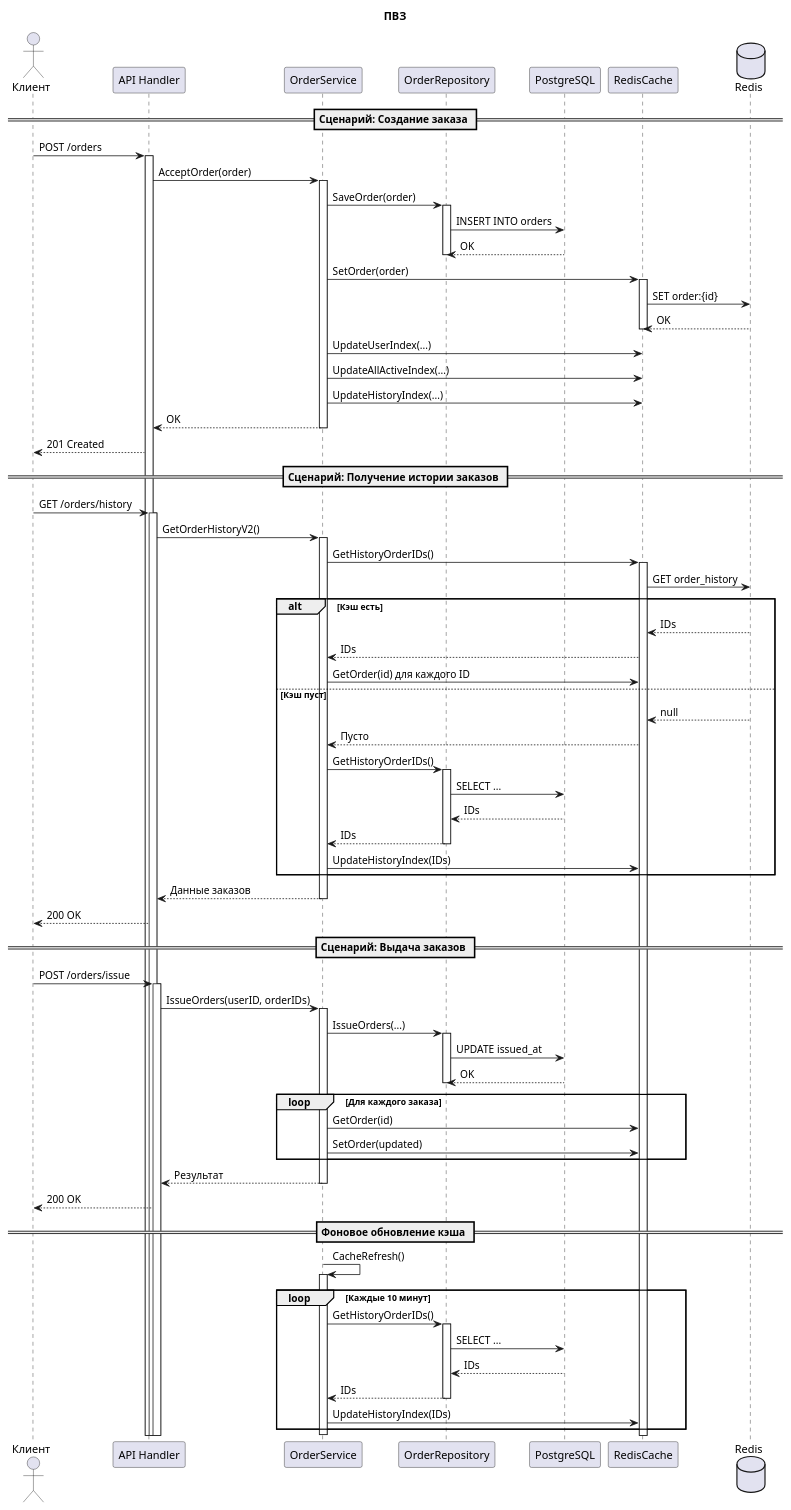
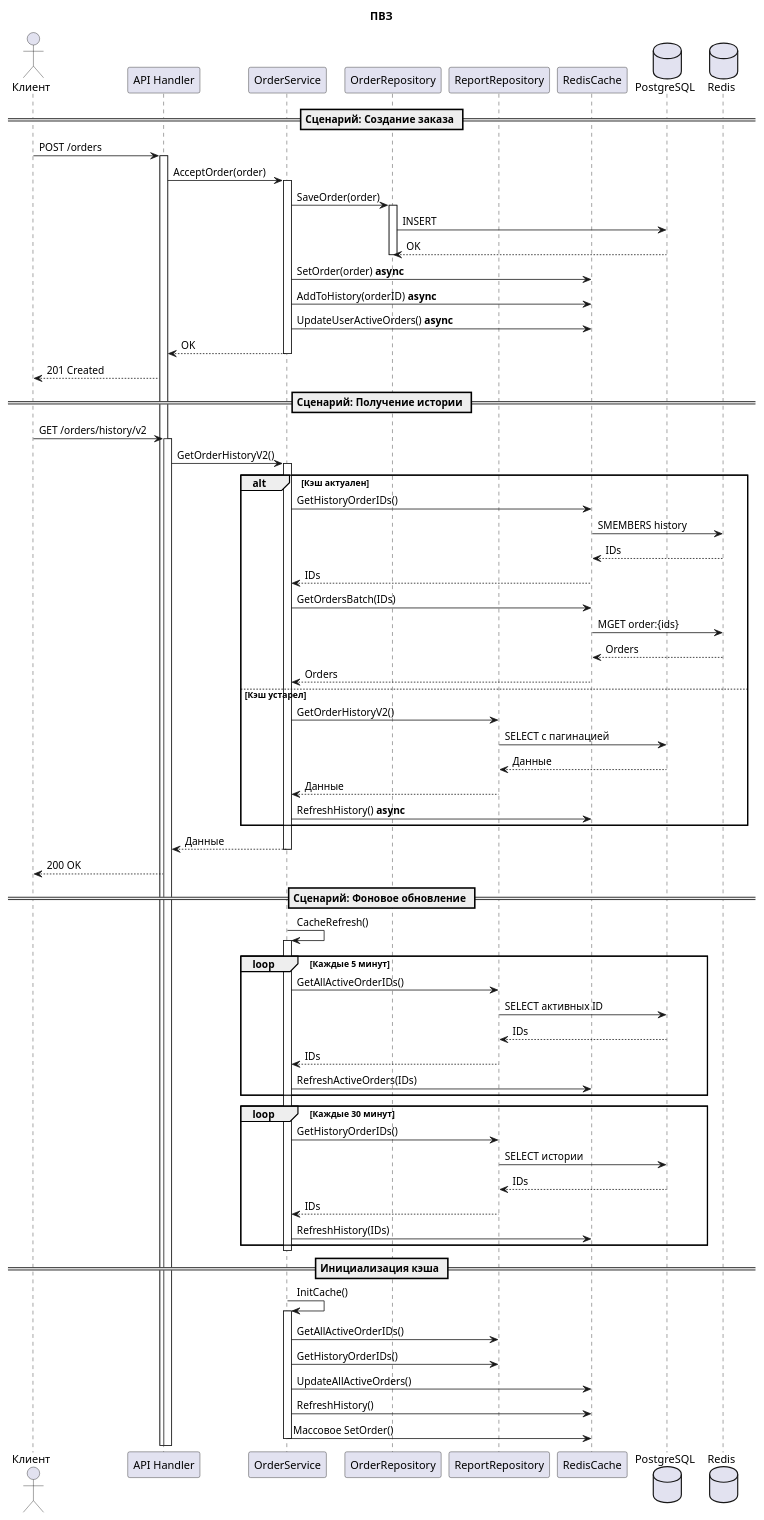
The diagram in README.md (sadsnake231/pvz), drawn with PlantUML before and after one commit. The commit also changed other lines of this file and 11 other files, not shown here.

```diff
--- a/README.md
+++ b/README.md
@@ -13,8 +13,9 @@
 participant "API Handler" as API
 participant "OrderService" as Service
 participant "OrderRepository" as Repository
-participant "PostgreSQL" as DB
+participant "ReportRepository" as ReportRepo
 participant "RedisCache" as Cache
+database PostgreSQL as DB
 database Redis
 
 == Сценарий: Создание заказа ==
@@ -25,88 +26,77 @@
 
 Service -> Repository: SaveOrder(order)
 activate Repository
-Repository -> DB: INSERT INTO orders
+Repository -> DB: INSERT
 DB --> Repository: OK
 deactivate Repository
 
-Service -> Cache: SetOrder(order)
-activate Cache
-Cache -> Redis: SET order:{id}
-Redis --> Cache: OK
-deactivate Cache
-
-Service -> Cache: UpdateUserIndex(...)
-Service -> Cache: UpdateAllActiveIndex(...)
-Service -> Cache: UpdateHistoryIndex(...)
+Service -> Cache: SetOrder(order) **async**
+Service -> Cache: AddToHistory(orderID) **async**
+Service -> Cache: UpdateUserActiveOrders() **async**
 
 Service --> API: OK
 deactivate Service
 API --> Клиент: 201 Created
 
-== Сценарий: Получение истории заказов ==
-Клиент -> API: GET /orders/history
+== Сценарий: Получение истории ==
+Клиент -> API: GET /orders/history/v2
 activate API
 API -> Service: GetOrderHistoryV2()
 activate Service
 
-Service -> Cache: GetHistoryOrderIDs()
-activate Cache
-Cache -> Redis: GET order_history
-
-alt Кэш есть
+alt Кэш актуален
+    Service -> Cache: GetHistoryOrderIDs()
+    Cache -> Redis: SMEMBERS history
     Redis --> Cache: IDs
     Cache --> Service: IDs
-    Service -> Cache: GetOrder(id) для каждого ID
-else Кэш пуст
-    Redis --> Cache: null
-    Cache --> Service: Пусто
-    Service -> Repository: GetHistoryOrderIDs()
-    activate Repository
-    Repository -> DB: SELECT ...
-    DB --> Repository: IDs
-    Repository --> Service: IDs
-    deactivate Repository
-    Service -> Cache: UpdateHistoryIndex(IDs)
+    
+    Service -> Cache: GetOrdersBatch(IDs)
+    Cache -> Redis: MGET order:{ids}
+    Redis --> Cache: Orders
+    Cache --> Service: Orders
+else Кэш устарел
+    Service -> ReportRepo: GetOrderHistoryV2()
+    ReportRepo -> DB: SELECT с пагинацией
+    DB --> ReportRepo: Данные
+    ReportRepo --> Service: Данные
+    
+    Service -> Cache: RefreshHistory() **async**
 end
 
-Service --> API: Данные заказов
+Service --> API: Данные
 deactivate Service
 API --> Клиент: 200 OK
 
-== Сценарий: Выдача заказов ==
-Клиент -> API: POST /orders/issue
-activate API
-API -> Service: IssueOrders(userID, orderIDs)
+== Сценарий: Фоновое обновление ==
+Service -> Service: CacheRefresh()
 activate Service
 
-Service -> Repository: IssueOrders(...)
-activate Repository
-Repository -> DB: UPDATE issued_at
-DB --> Repository: OK
-deactivate Repository
-
-loop Для каждого заказа
-    Service -> Cache: GetOrder(id)
-    Service -> Cache: SetOrder(updated)
+loop Каждые 5 минут
+    Service -> ReportRepo: GetAllActiveOrderIDs()
+    ReportRepo -> DB: SELECT активных ID
+    DB --> ReportRepo: IDs
+    ReportRepo --> Service: IDs
+    Service -> Cache: RefreshActiveOrders(IDs)
 end
 
-Service --> API: Результат
+loop Каждые 30 минут
+    Service -> ReportRepo: GetHistoryOrderIDs()
+    ReportRepo -> DB: SELECT истории
+    DB --> ReportRepo: IDs
+    ReportRepo --> Service: IDs
+    Service -> Cache: RefreshHistory(IDs)
+end
+
 deactivate Service
-API --> Клиент: 200 OK
 
-== Фоновое обновление кэша ==
-Service -> Service: CacheRefresh()
+== Инициализация кэша ==
+Service -> Service: InitCache()
 activate Service
-loop Каждые 10 минут
-    Service -> Repository: GetHistoryOrderIDs()
-    activate Repository
-    Repository -> DB: SELECT ...
-    DB --> Repository: IDs
-    Repository --> Service: IDs
-    deactivate Repository
-    
-    Service -> Cache: UpdateHistoryIndex(IDs)
-end
+Service -> ReportRepo: GetAllActiveOrderIDs()
+Service -> ReportRepo: GetHistoryOrderIDs()
+Service -> Cache: UpdateAllActiveOrders()
+Service -> Cache: RefreshHistory()
+Service -> Cache: Массовое SetOrder()
 deactivate Service
 @enduml
 
```
